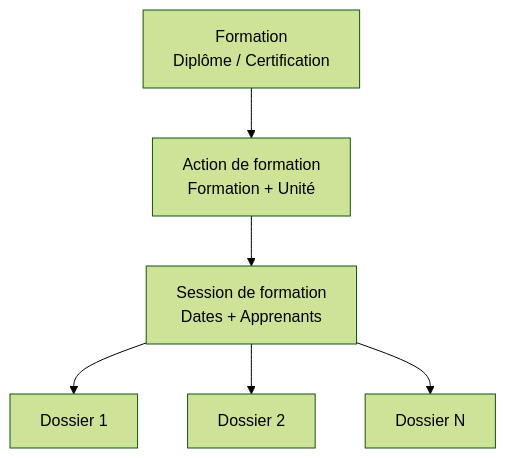
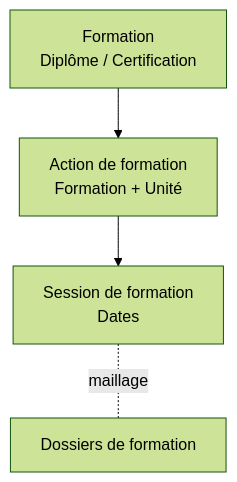
Before and after one commit to rtssolutions/documentation: the diagram in documentations/session-formation/01-introduction.md, drawn with Mermaid (forest theme). The commit also changed other lines of this file and 16 other files, not shown here.

````diff
--- a/documentations/session-formation/01-introduction.md
+++ b/documentations/session-formation/01-introduction.md
@@ -16,8 +16,6 @@
 ```mermaid "max-w-2xl"
 graph TD
     F[Formation<br/>Diplôme / Certification] --> AF[Action de formation<br/>Formation + Unité]
-    AF --> S[Session de formation<br/>Dates + Apprenants]
-    S --> DF1[Dossier 1]
-    S --> DF2[Dossier 2]
-    S --> DF3[Dossier N]
+    AF --> S[Session de formation<br/>Dates]
+    S -. maillage .- DF[Dossiers de formation]
 ```
````
